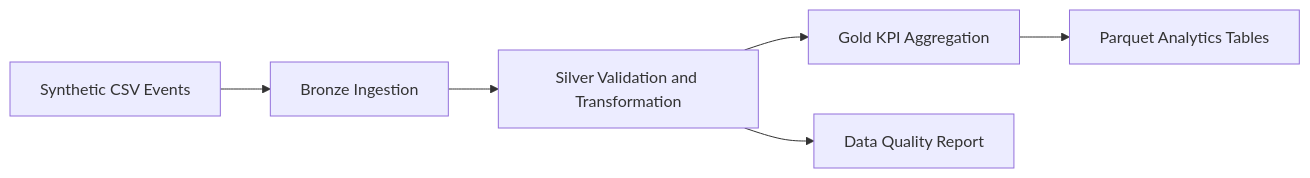
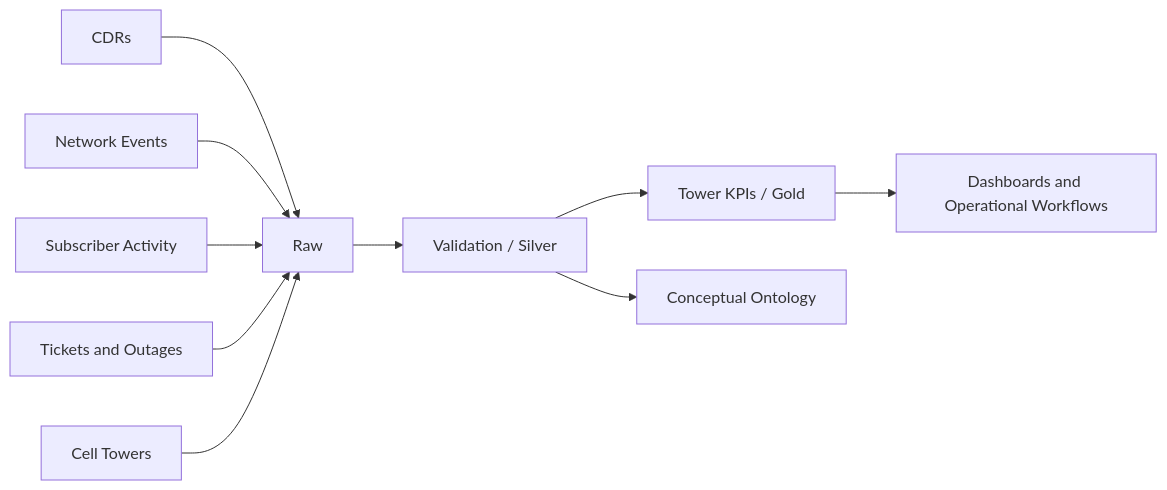
One commit to YaswanthAkkalaDataEngineer/telecom-network-events-lakehouse changed the diagram in README.md. Above: the diagram before and after it, drawn with Mermaid. The commit also changed other lines of this file and 26 other files, not shown here.

````diff
--- a/README.md
+++ b/README.md
@@ -19,8 +26,12 @@
 ```mermaid
 flowchart LR
-    A[Synthetic CSV Events] --> B[Bronze Ingestion]
-    B --> C[Silver Validation and Transformation]
-    C --> D[Gold KPI Aggregation]
-    D --> E[Parquet Analytics Tables]
-    C --> F[Data Quality Report]
+ A[CDRs] --> B[Raw]
+ C[Network Events] --> B
+ D[Subscriber Activity] --> B
+ E[Tickets and Outages] --> B
+ F[Cell Towers] --> B
+ B --> G[Validation / Silver]
+ G --> H[Tower KPIs / Gold]
+ G --> I[Conceptual Ontology]
+ H --> J[Dashboards and Operational Workflows]
 ```
````
